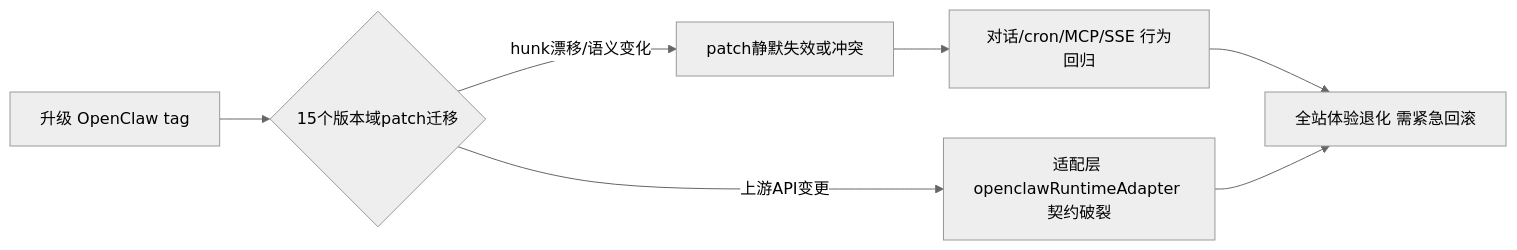
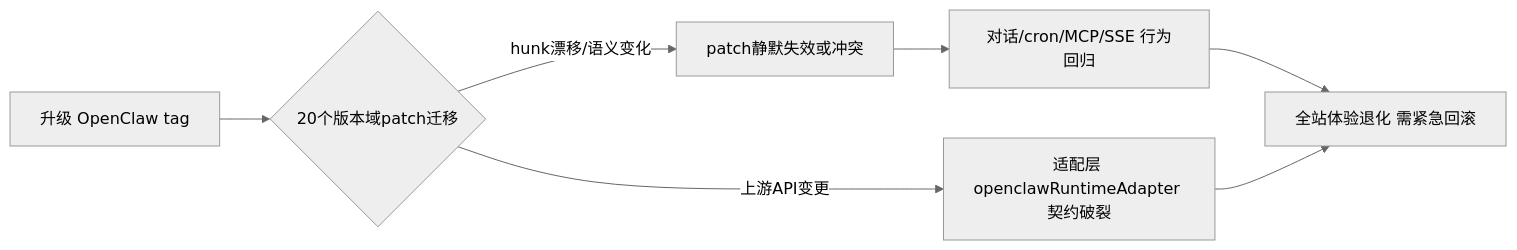
The fourth of 6 diagrams in 改造计划/18-风险登记册.md (edward-ng-duke/LobsterAI), drawn with Mermaid (neutral theme) before and after one commit. The commit also changed other lines of this file and 22 other files, not shown here.

````diff
--- a/改造计划/18-风险登记册.md
+++ b/改造计划/18-风险登记册.md
@@ -181,9 +192,9 @@
 ```mermaid
 flowchart LR
-    A[升级 OpenClaw tag] --> B{15个版本域patch迁移}
+    A[升级 OpenClaw tag] --> B{20个版本域patch迁移}
     B -->|hunk漂移/语义变化| C[patch静默失效或冲突]
     C --> D[对话/cron/MCP/SSE 行为回归]
     D --> E[全站体验退化 需紧急回滚]
     B -->|上游API变更| F[适配层 openclawRuntimeAdapter 契约破裂]
     F --> E
 ```
````
